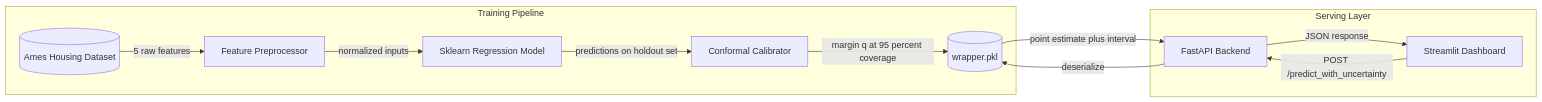
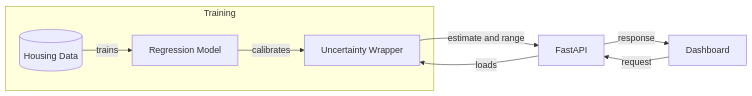
One commit to Shy4n7/KnownUnknowns changed the diagram in README.md. Above: the diagram before and after it, drawn with Mermaid. The commit also changed other lines of this file, not shown here.

Commit message:
docs: simplify System Architecture diagram

````diff
--- a/README.md
+++ b/README.md
@@ -55,16 +55,12 @@
 ```mermaid
 graph LR
-  subgraph Training Pipeline
-    A[(Ames Housing Dataset)] -->|5 raw features| B[Feature Preprocessor]
-    B -->|normalized inputs| C[Sklearn Regression Model]
-    C -->|predictions on holdout set| D[Conformal Calibrator]
-    D -->|margin q at 95 percent coverage| E[(wrapper.pkl)]
+  subgraph Training
+    A[(Housing Data)] -->|trains| B[Regression Model]
+    B -->|calibrates| C[Uncertainty Wrapper]
   end
 
-  subgraph Serving Layer
-    F[Streamlit Dashboard] -->|POST /predict_with_uncertainty| G[FastAPI Backend]
-    G -->|deserialize| E
-    E -->|point estimate plus interval| G
-    G -->|JSON response| F
-  end
+  D[Dashboard] -->|request| E[FastAPI]
+  E -->|loads| C
+  C -->|estimate and range| E
+  E -->|response| D
 ```
````
